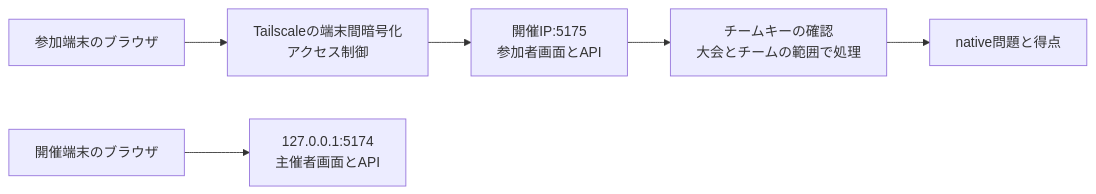
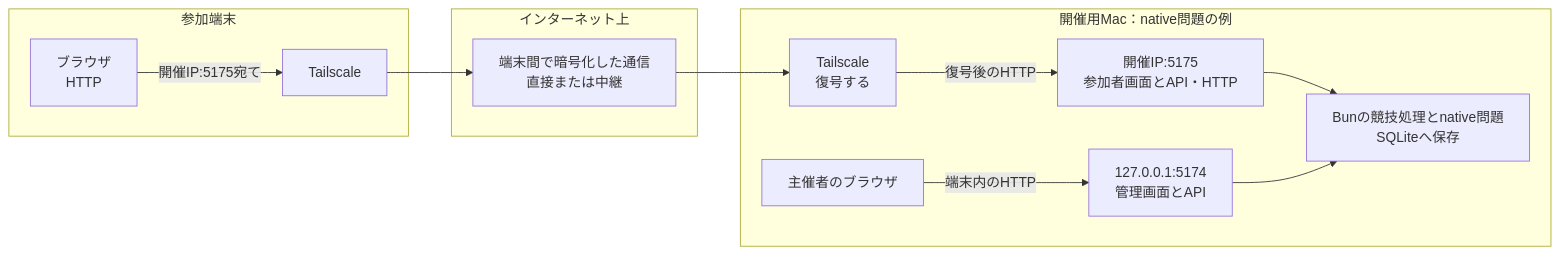
Before and after one commit to susumutomita/zenn-article: the fourth of 7 diagrams in articles/tenkacloud-tailscale-remote-event.md, drawn with Mermaid. The commit also changed other lines of this file, not shown here.

````diff
--- a/articles/tenkacloud-tailscale-remote-event.md
+++ b/articles/tenkacloud-tailscale-remote-event.md
@@ -165,12 +244,23 @@
 ```mermaid
 flowchart LR
-  P["参加端末のブラウザ"]
-  T["Tailscaleの端末間暗号化<br/>アクセス制御"]
-  U["開催IP:5175<br/>参加者画面とAPI"]
-  K["チームキーの確認<br/>大会とチームの範囲で処理"]
-  N["native問題と得点"]
-  H["開催端末のブラウザ"]
-  A["127.0.0.1:5174<br/>主催者画面とAPI"]
-  P --> T --> U --> K --> N
-  H --> A
+  subgraph PC["参加端末"]
+    B["ブラウザ<br/>HTTP"]
+    PT["Tailscale"]
+    B -->|"開催IP:5175宛て"| PT
+  end
+  subgraph WAN["インターネット上"]
+    W["端末間で暗号化した通信<br/>直接または中継"]
+  end
+  subgraph MAC["開催用Mac：native問題の例"]
+    MT["Tailscale<br/>復号する"]
+    API["開催IP:5175<br/>参加者画面とAPI・HTTP"]
+    N["Bunの競技処理とnative問題<br/>SQLiteへ保存"]
+    OB["主催者のブラウザ"]
+    AD["127.0.0.1:5174<br/>管理画面とAPI"]
+    MT -->|"復号後のHTTP"| API
+    API --> N
+    OB -->|"端末内のHTTP"| AD
+    AD --> N
+  end
+  PT --> W --> MT
 ```
````
